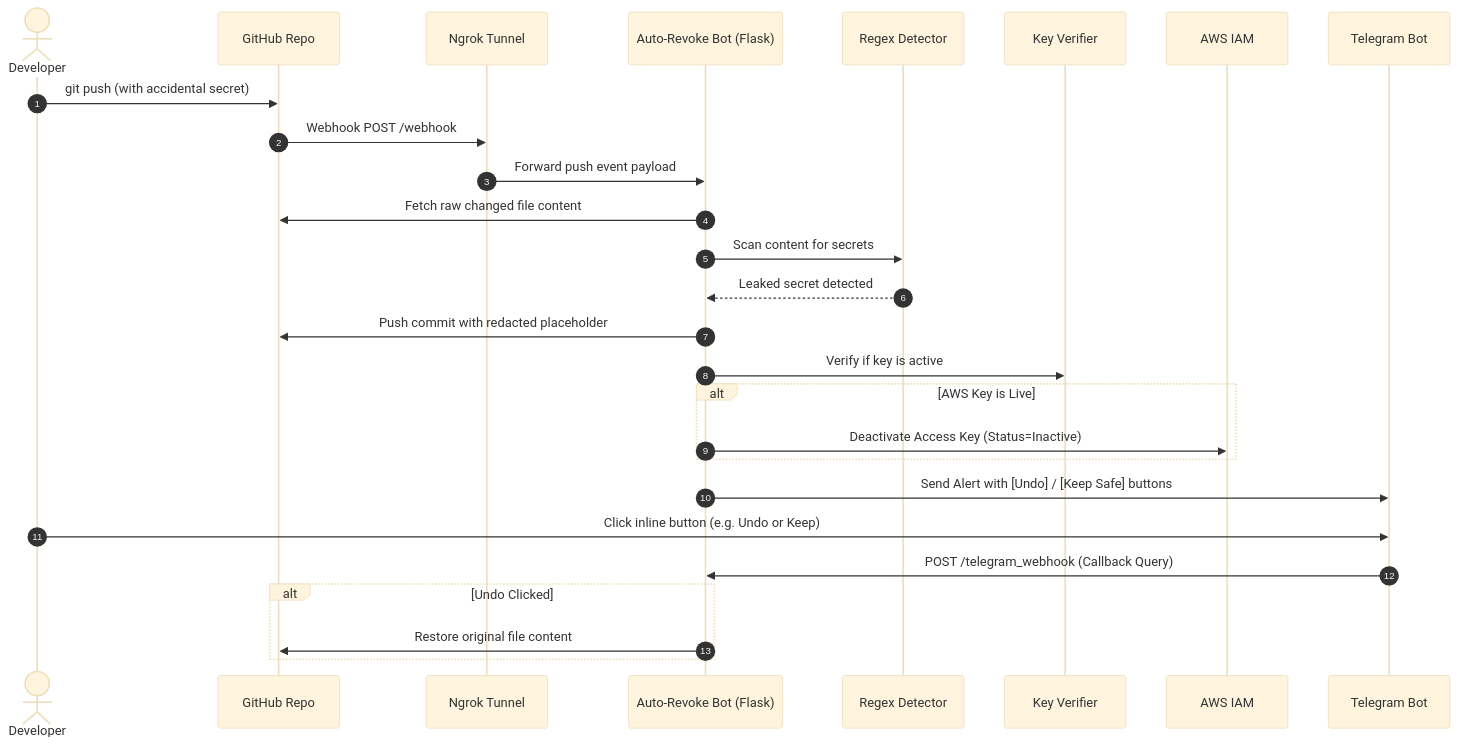
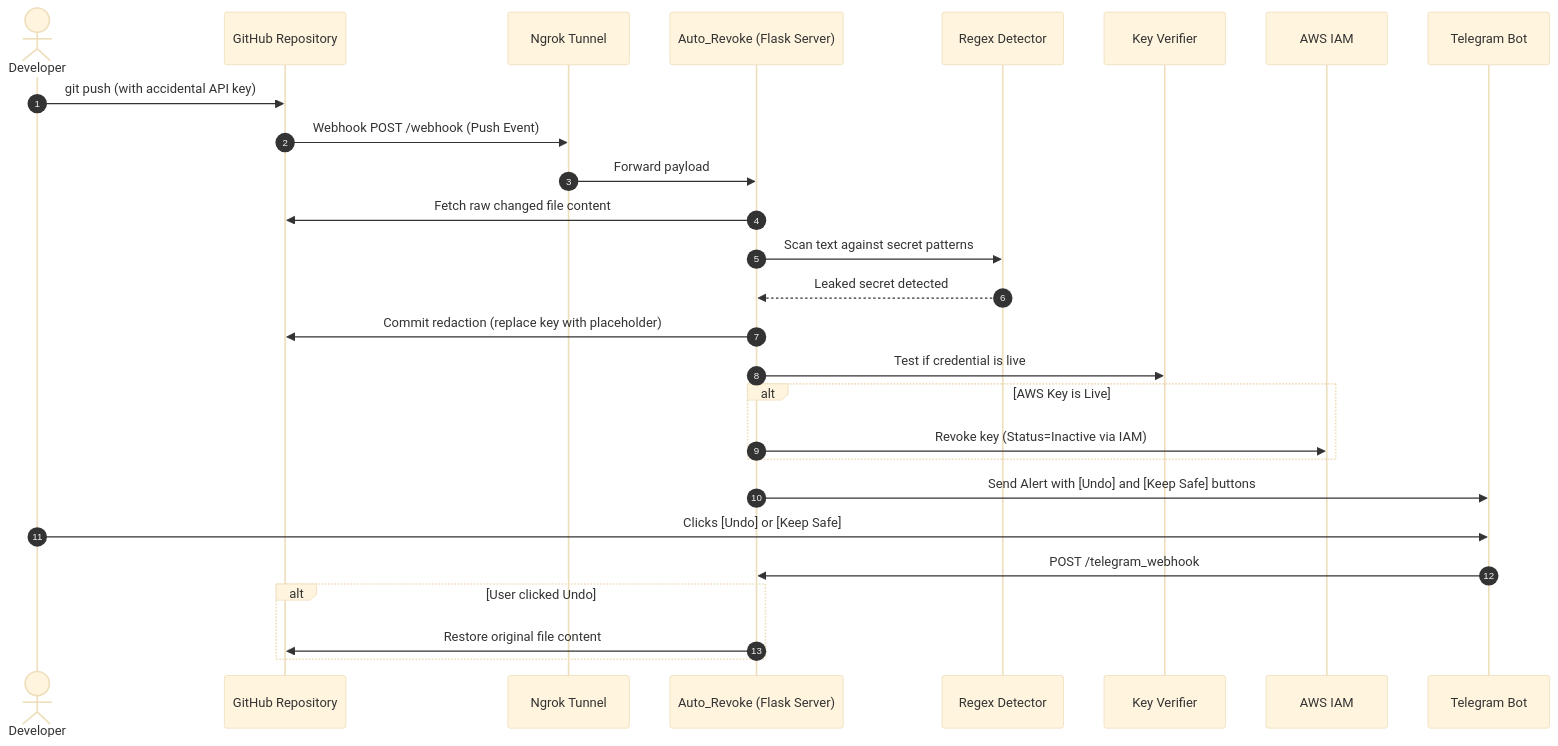
Before and after one commit to iamparasdhingra/Auto_Revoke: the diagram in README.md, drawn with Mermaid (base theme). The commit also changed other lines of this file, not shown here.

````diff
--- a/README.md
+++ b/README.md
@@ -41,30 +64,30 @@
 ```mermaid
 sequenceDiagram
     autonumber
     actor Developer
-    participant GitHub as GitHub Repo
-    participant Ngrok as Ngrok Tunnel
-    participant Flask as Auto-Revoke Bot (Flask)
+    participant GitHub as GitHub Repository
+    participant Tunnel as Ngrok Tunnel
+    participant Bot as Auto_Revoke (Flask Server)
     participant Detector as Regex Detector
     participant Verifier as Key Verifier
     participant AWS as AWS IAM
     participant Telegram as Telegram Bot
 
-    Developer->>GitHub: git push (with accidental secret)
-    GitHub->>Ngrok: Webhook POST /webhook
-    Ngrok->>Flask: Forward push event payload
-    Flask->>GitHub: Fetch raw changed file content
-    Flask->>Detector: Scan content for secrets
-    Detector-->>Flask: Leaked secret detected
-    Flask->>GitHub: Push commit with redacted placeholder
-    Flask->>Verifier: Verify if key is active
+    Developer->>GitHub: git push (with accidental API key)
+    GitHub->>Tunnel: Webhook POST /webhook (Push Event)
+    Tunnel->>Bot: Forward payload
+    Bot->>GitHub: Fetch raw changed file content
+    Bot->>Detector: Scan text against secret patterns
+    Detector-->>Bot: Leaked secret detected
+    Bot->>GitHub: Commit redaction (replace key with placeholder)
+    Bot->>Verifier: Test if credential is live
     alt AWS Key is Live
-        Flask->>AWS: Deactivate Access Key (Status=Inactive)
+        Bot->>AWS: Revoke key (Status=Inactive via IAM)
     end
-    Flask->>Telegram: Send Alert with [Undo] / [Keep Safe] buttons
-    Developer->>Telegram: Click inline button (e.g. Undo or Keep)
-    Telegram->>Flask: POST /telegram_webhook (Callback Query)
-    alt Undo Clicked
-        Flask->>GitHub: Restore original file content
+    Bot->>Telegram: Send Alert with [Undo] and [Keep Safe] buttons
+    Developer->>Telegram: Clicks [Undo] or [Keep Safe]
+    Telegram->>Bot: POST /telegram_webhook
+    alt User clicked Undo
+        Bot->>GitHub: Restore original file content
     end
 ```
````
